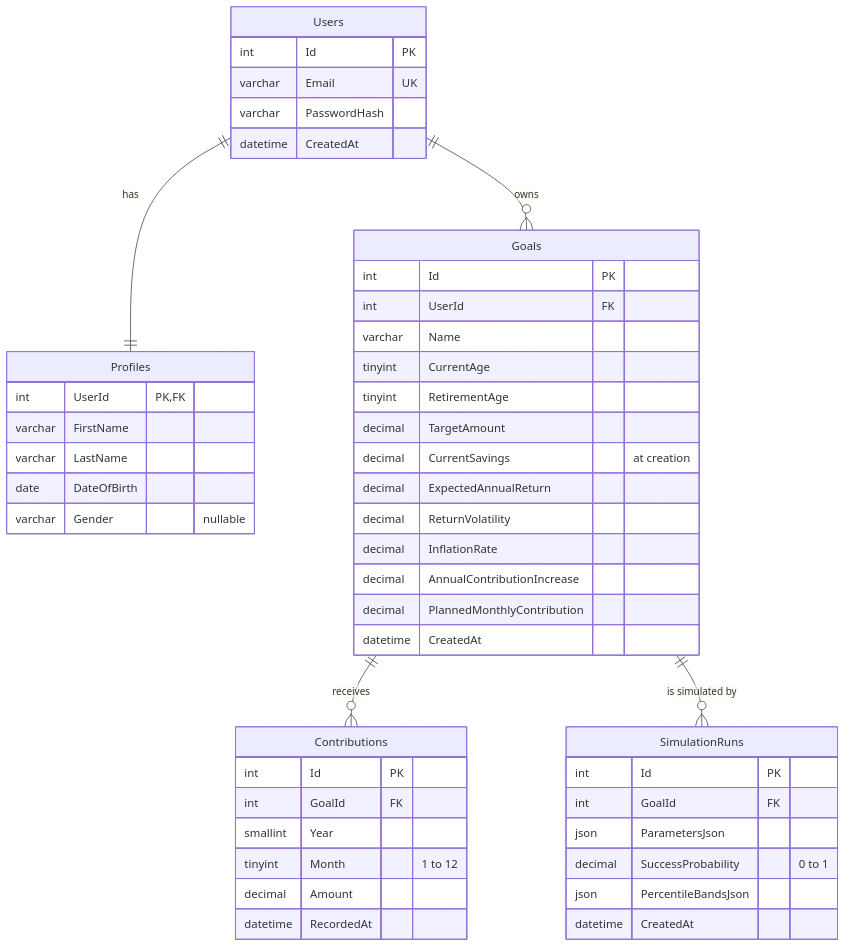
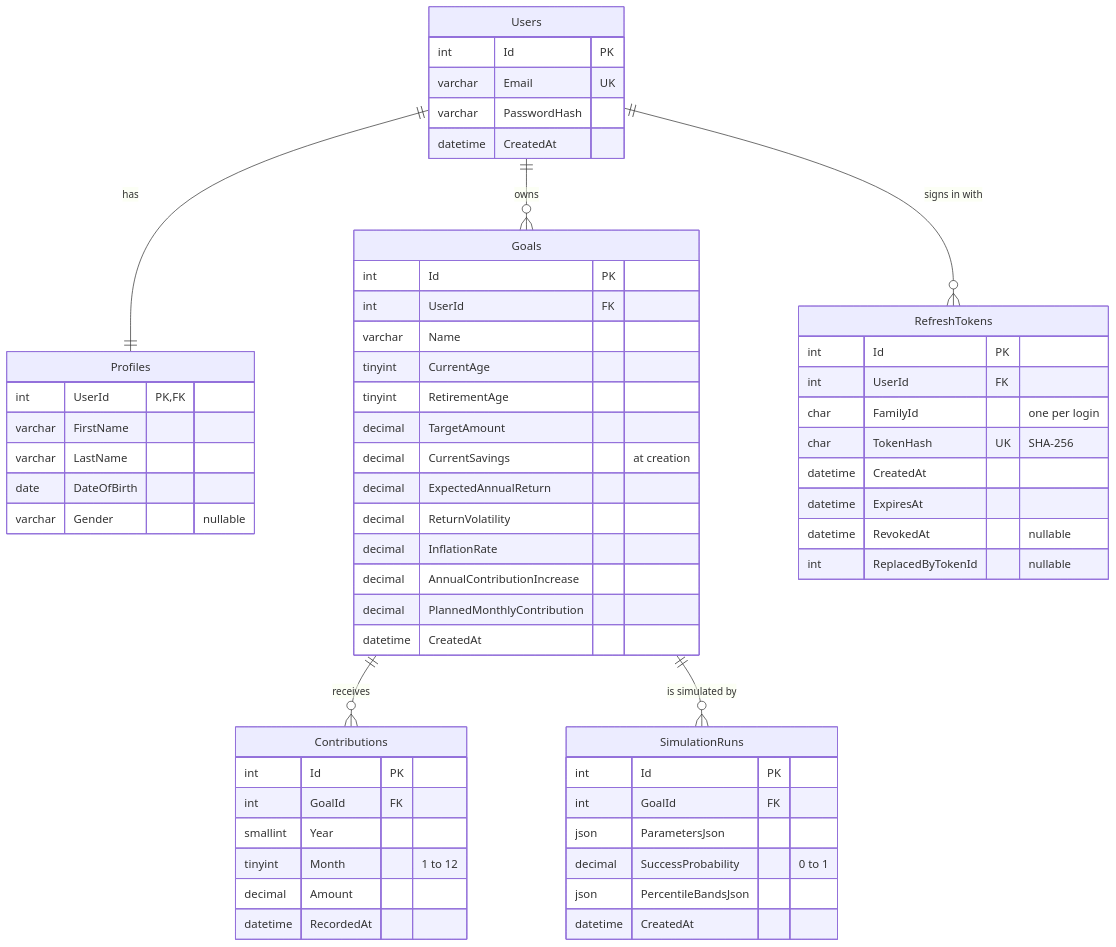
The diagram in docs/database.md (iamyash67/retirement-planner), drawn with Mermaid before and after one commit. The commit also changed other lines of this file and 119 other files, not shown here.

````diff
--- a/docs/database.md
+++ b/docs/database.md
@@ -9,52 +9,63 @@
 ```mermaid
 erDiagram
     Users ||--|| Profiles : "has"
     Users ||--o{ Goals : "owns"
     Goals ||--o{ Contributions : "receives"
     Goals ||--o{ SimulationRuns : "is simulated by"
+    Users ||--o{ RefreshTokens : "signs in with"
 
     Users {
         int Id PK
         varchar Email UK
         varchar PasswordHash
         datetime CreatedAt
     }
     Profiles {
         int UserId PK, FK
         varchar FirstName
         varchar LastName
         date DateOfBirth
         varchar Gender "nullable"
     }
     Goals {
         int Id PK
         int UserId FK
         varchar Name
         tinyint CurrentAge
         tinyint RetirementAge
         decimal TargetAmount
         decimal CurrentSavings "at creation"
         decimal ExpectedAnnualReturn
         decimal ReturnVolatility
         decimal InflationRate
         decimal AnnualContributionIncrease
         decimal PlannedMonthlyContribution
         datetime CreatedAt
     }
     Contributions {
         int Id PK
         int GoalId FK
         smallint Year
         tinyint Month "1 to 12"
         decimal Amount
         datetime RecordedAt
     }
+    RefreshTokens {
+        int Id PK
+        int UserId FK
+        char FamilyId "one per login"
+        char TokenHash UK "SHA-256"
+        datetime CreatedAt
+        datetime ExpiresAt
+        datetime RevokedAt "nullable"
+        int ReplacedByTokenId "nullable"
+    }
     SimulationRuns {
         int Id PK
         int GoalId FK
         json ParametersJson
         decimal SuccessProbability "0 to 1"
         json PercentileBandsJson
         datetime CreatedAt
     }
 ```
````
